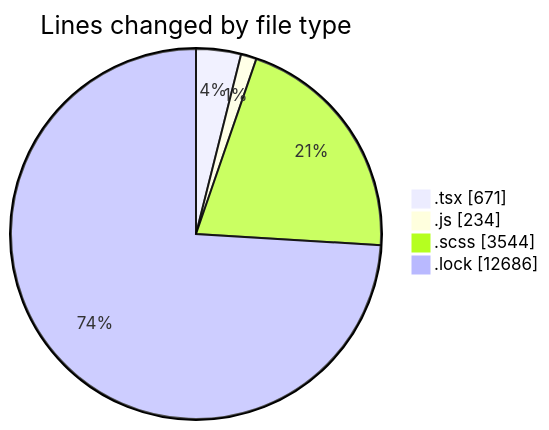
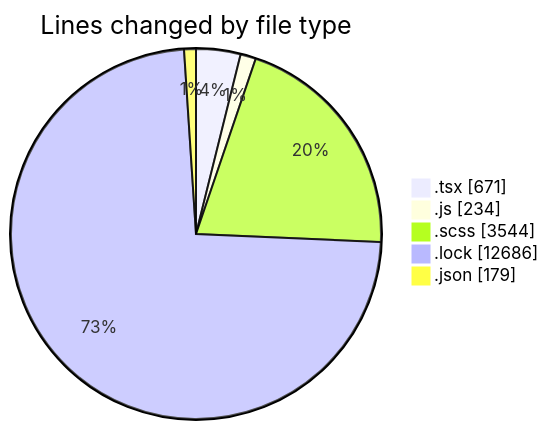
One commit to momahboobian/code-tracking changed the first of 2 diagrams in 2026-01-22/cda-web-components/README.md. Above: the diagram before and after it, drawn with Mermaid. The commit also changed other lines of this file and 1 other file, not shown here.

````diff
--- a/2026-01-22/cda-web-components/README.md
+++ b/2026-01-22/cda-web-components/README.md
@@ -55,8 +56,9 @@
 ```mermaid
 pie showData
 title Lines changed by file type
 ".tsx" : 671
 ".js" : 234
 ".scss" : 3544
 ".lock" : 12686
+".json" : 179
 ```
````
